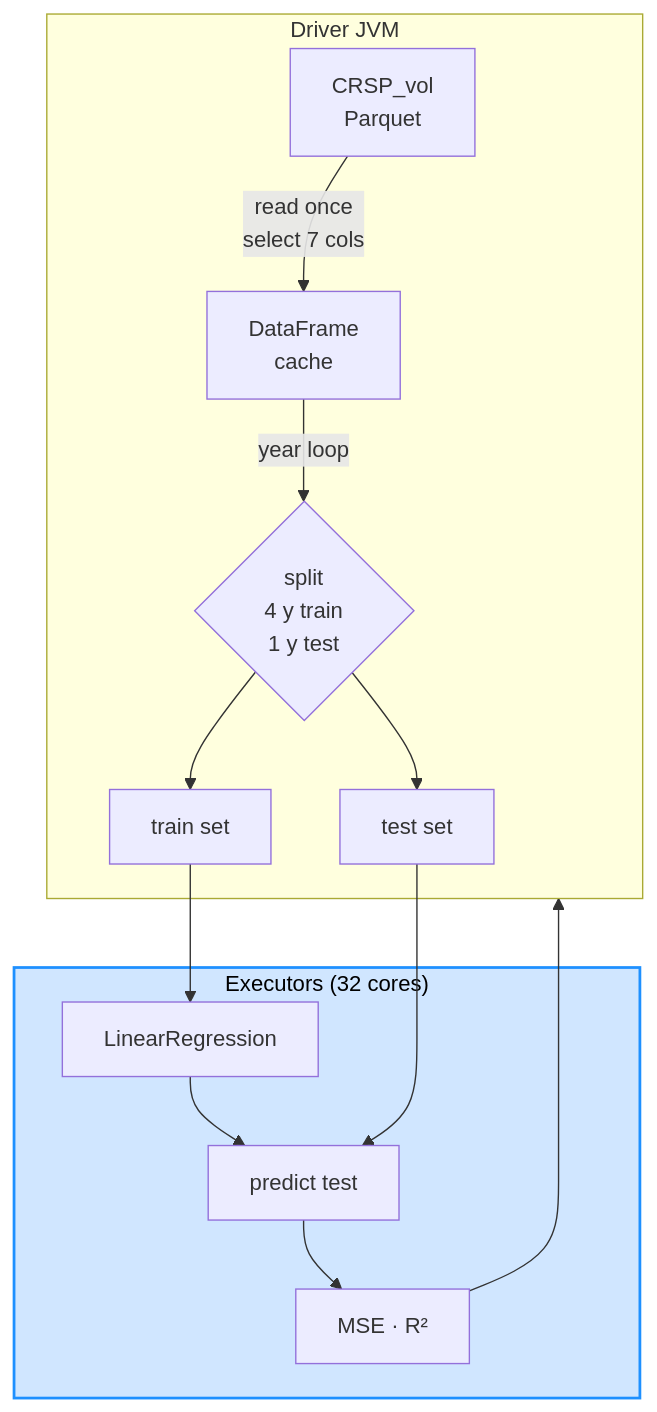
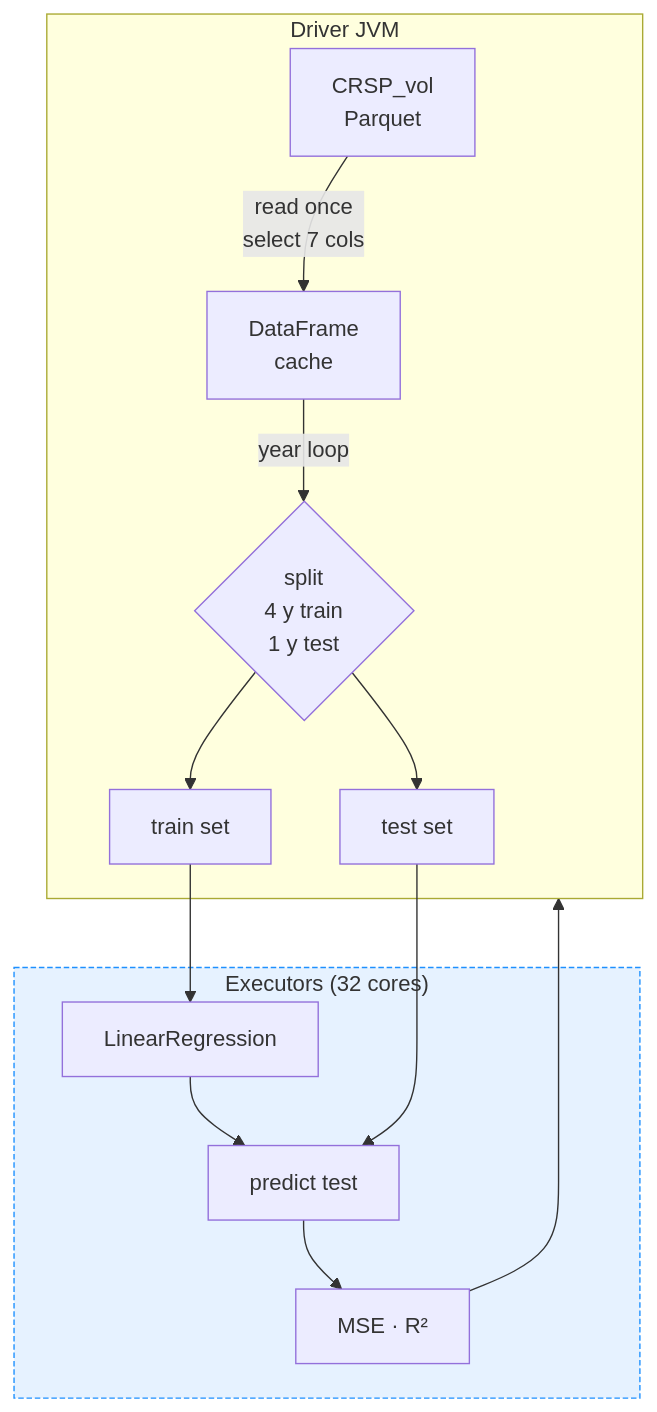
One commit to macs30123-s24/final-project-reddit-wsb-volatility-prediction changed the seventh of 8 diagrams in README.md. Above: the diagram before and after it, drawn with Mermaid. The commit also changed other lines of this file, not shown here.

````diff
--- a/README.md
+++ b/README.md
@@ -562,32 +555,31 @@
 ```mermaid
 flowchart TD
     %% -------- Driver side --------
     subgraph DRIVER["Driver JVM"]
         SRC[CRSP_vol<br/>Parquet]
         SRC -->|read once<br/>select 7 cols| CACHE[DataFrame<br/>cache]
         CACHE -->|year loop| SLICE{split<br/>4 y train<br/>1 y test}
         SLICE --> TRN[train set]
         SLICE --> TST[test set]
     end
     class DRIVER drv
 
     %% -------- Executor pool --------
     subgraph EXEC["Executors (32 cores)"]
         FIT[LinearRegression<br/>]
         PRED[predict test]
         METRICS[MSE · R²]
     end
     class EXEC exe
 
     %% -------- Data flow --------
     TRN --> FIT
     FIT --> PRED
     TST --> PRED
     PRED --> METRICS
     METRICS --> DRIVER
 
     %% -------- Styling --------
-    classDef drv fill:#fff9e6,stroke:#d4a017,stroke-width:2px,color:#000;
-    classDef exe fill:#d0e6ff,stroke:#1e90ff,stroke-width:2px,color:#000;
-    
+    classDef drv fill:#fff9e6,stroke:#d4a017,stroke-width:2;
+    classDef exe fill:#e6f2ff,stroke:#1e90ff,stroke-dasharray:4 2;
 ```
````
